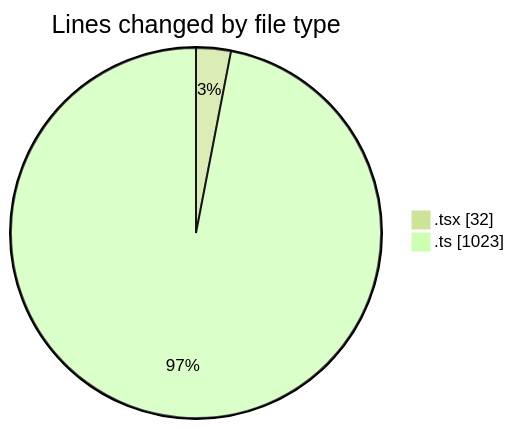
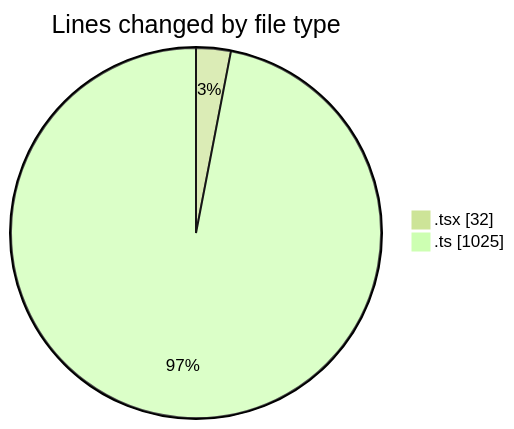
Before and after one commit to JenPaints/code-tracking: the first of 2 diagrams in 2025-06-26/archive/README.md, drawn with Mermaid (forest theme). The commit also changed other lines of this file and 1 other file, not shown here.

````diff
--- a/2025-06-26/archive/README.md
+++ b/2025-06-26/archive/README.md
@@ -23,6 +23,6 @@
 ```mermaid
 pie showData
 title Lines changed by file type
 ".tsx" : 32
-".ts" : 1023
+".ts" : 1025
 ```
````
